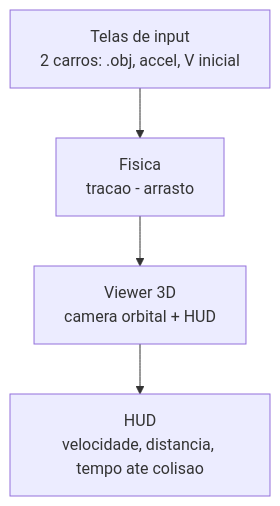
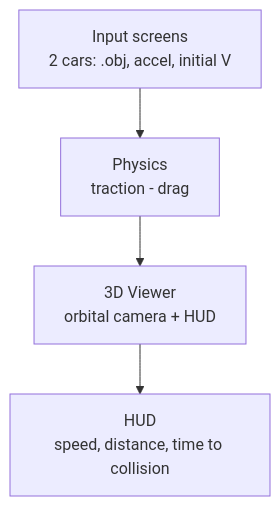
Before and after one commit to Carloslgp/project-cars: the diagram in README.md, drawn with Mermaid. The commit also changed other lines of this file, not shown here.

````diff
--- a/README.md
+++ b/README.md
@@ -64,6 +50,6 @@
 ```mermaid
 flowchart TD
-    A[Telas de input<br/>2 carros: .obj, accel, V inicial] --> B[Fisica<br/>tracao - arrasto]
-    B --> C[Viewer 3D<br/>camera orbital + HUD]
-    C --> D[HUD<br/>velocidade, distancia, tempo ate colisao]
+    A[Input screens<br/>2 cars: .obj, accel, initial V] --> B[Physics<br/>traction - drag]
+    B --> C[3D Viewer<br/>orbital camera + HUD]
+    C --> D[HUD<br/>speed, distance, time to collision]
 ```
````
